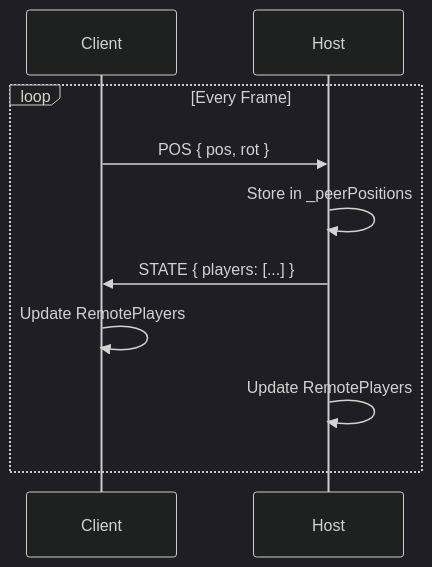
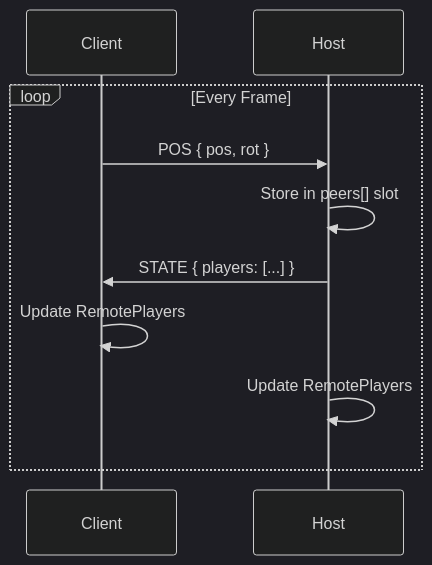
One commit to seriva/simplefps changed the second of 4 diagrams in docs/networking.md. Above: the diagram before and after it, drawn with Mermaid (dark theme). The commit also changed other lines of this file and 92 other files, not shown here.

First line of the commit message:
feat: Update engine architecture and rendering plans

````diff
--- a/docs/networking.md
+++ b/docs/networking.md
@@ -62,13 +64,13 @@
 ```mermaid
 sequenceDiagram
     participant C as Client
     participant H as Host
     
     loop Every Frame
         C->>H: POS { pos, rot }
-        H->>H: Store in _peerPositions
+        H->>H: Store in peers[] slot
         H->>C: STATE { players: [...] }
         C->>C: Update RemotePlayers
         H->>H: Update RemotePlayers
     end
 ```
````
